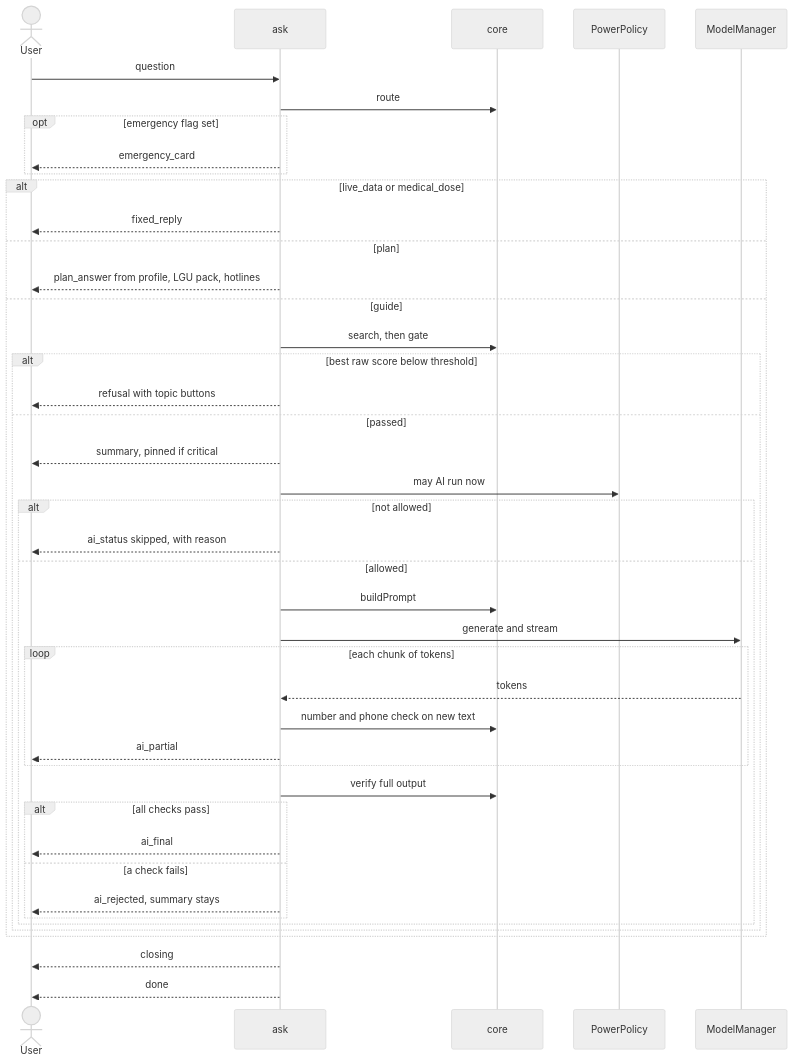
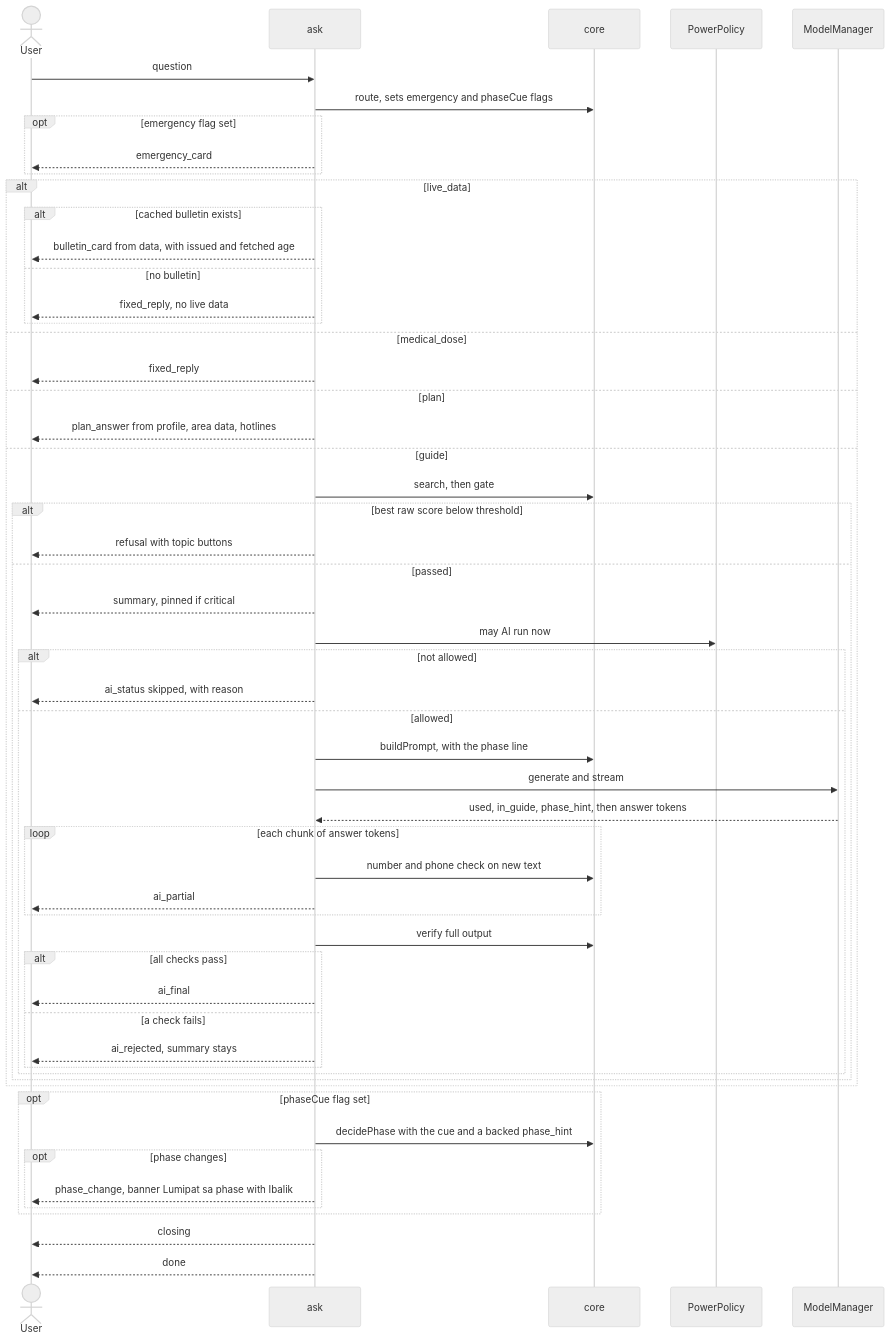
The third of 13 diagrams in docs/system-design.md (Jimuelle07/Sipat), drawn with Mermaid (neutral theme) before and after one commit. The commit also changed other lines of this file and 32 other files, not shown here.

````diff
--- a/docs/system-design.md
+++ b/docs/system-design.md
@@ -156,45 +192,57 @@
 ```mermaid
 sequenceDiagram
   actor U as User
   participant A as ask
   participant C as core
   participant P as PowerPolicy
   participant M as ModelManager
   U->>A: question
-  A->>C: route
+  A->>C: route, sets emergency and phaseCue flags
   opt emergency flag set
     A-->>U: emergency_card
   end
-  alt live_data or medical_dose
+  alt live_data
+    alt cached bulletin exists
+      A-->>U: bulletin_card from data, with issued and fetched age
+    else no bulletin
+      A-->>U: fixed_reply, no live data
+    end
+  else medical_dose
     A-->>U: fixed_reply
   else plan
-    A-->>U: plan_answer from profile, LGU pack, hotlines
+    A-->>U: plan_answer from profile, area data, hotlines
   else guide
     A->>C: search, then gate
     alt best raw score below threshold
       A-->>U: refusal with topic buttons
     else passed
       A-->>U: summary, pinned if critical
       A->>P: may AI run now
       alt not allowed
         A-->>U: ai_status skipped, with reason
       else allowed
-        A->>C: buildPrompt
+        A->>C: buildPrompt, with the phase line
         A->>M: generate and stream
-        loop each chunk of tokens
-          M-->>A: tokens
+        M-->>A: used, in_guide, phase_hint, then answer tokens
+        loop each chunk of answer tokens
           A->>C: number and phone check on new text
           A-->>U: ai_partial
         end
         A->>C: verify full output
         alt all checks pass
           A-->>U: ai_final
         else a check fails
           A-->>U: ai_rejected, summary stays
         end
       end
     end
   end
+  opt phaseCue flag set
+    A->>C: decidePhase with the cue and a backed phase_hint
+    opt phase changes
+      A-->>U: phase_change, banner Lumipat sa phase with Ibalik
+    end
+  end
   A-->>U: closing
   A-->>U: done
 ```
````
